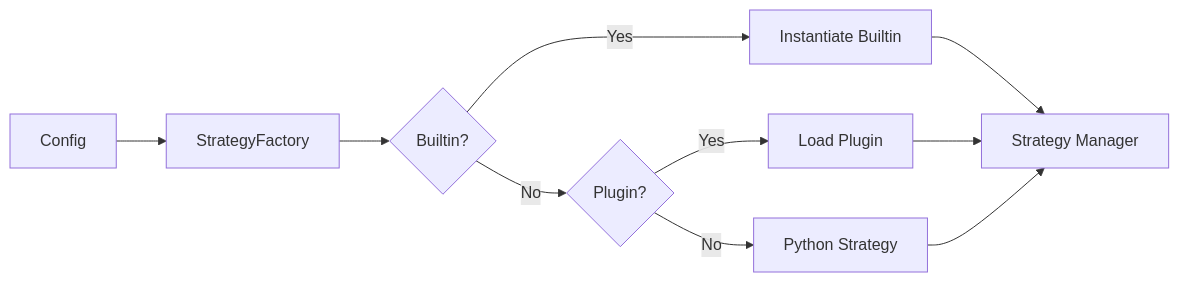
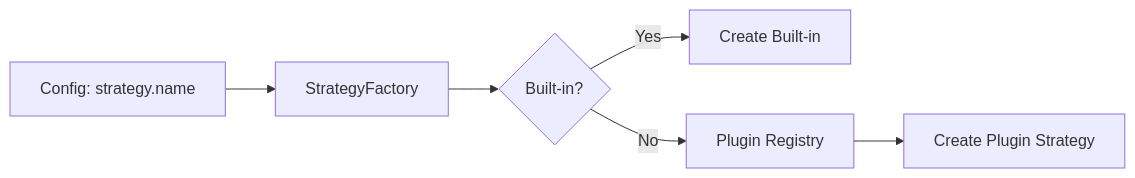
One commit to gregorian-09/regime-flow changed the diagram in docs/explanation/strategy-selection.md. Above: the diagram before and after it, drawn with Mermaid. The commit also changed other lines of this file and 58 other files, not shown here.

````diff
--- a/docs/explanation/strategy-selection.md
+++ b/docs/explanation/strategy-selection.md
@@ -7,12 +7,8 @@
 ```mermaid
 flowchart LR
-  A[Config] --> B[StrategyFactory]
-  B --> C{Builtin?}
-  C -- Yes --> D[Instantiate Builtin]
-  C -- No --> E{Plugin?}
-  E -- Yes --> F[Load Plugin]
-  E -- No --> G[Python Strategy]
-  D --> H[Strategy Manager]
-  F --> H
-  G --> H
+  A[Config: strategy.name] --> B[StrategyFactory]
+  B --> C{Built-in?}
+  C -- Yes --> D[Create Built-in]
+  C -- No --> E[Plugin Registry]
+  E --> F[Create Plugin Strategy]
 ```
````
